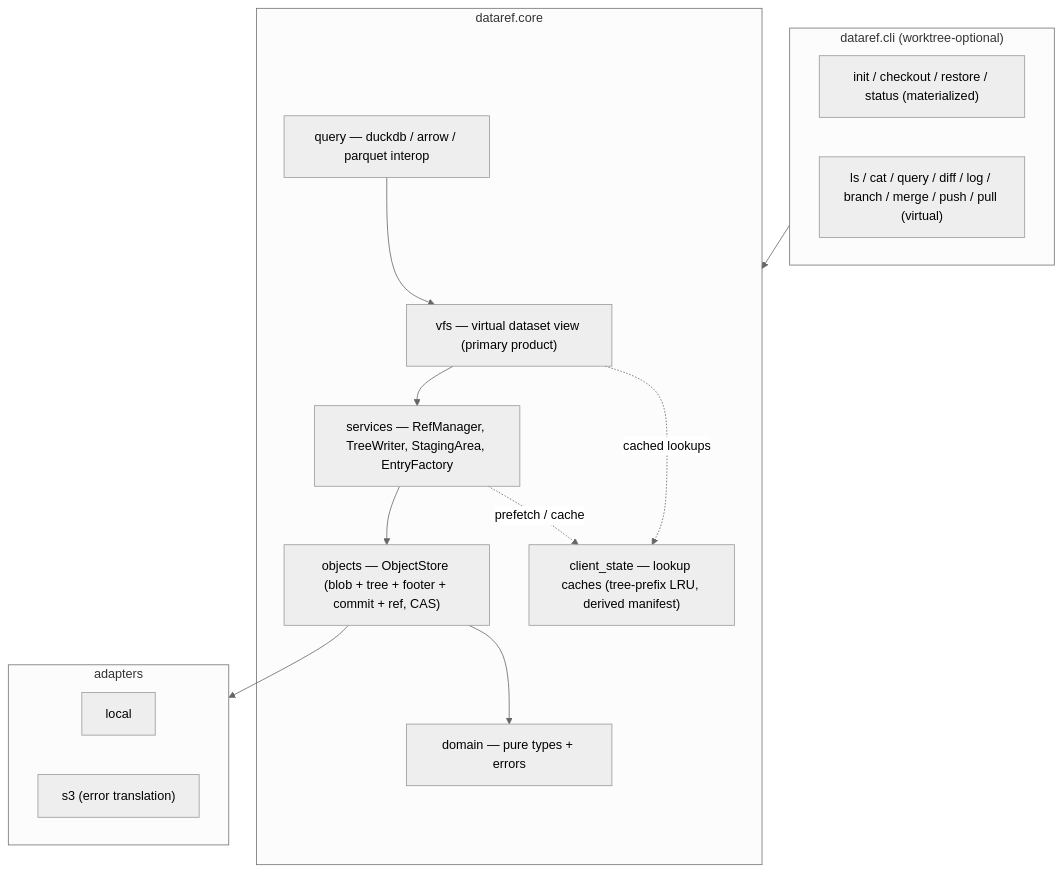
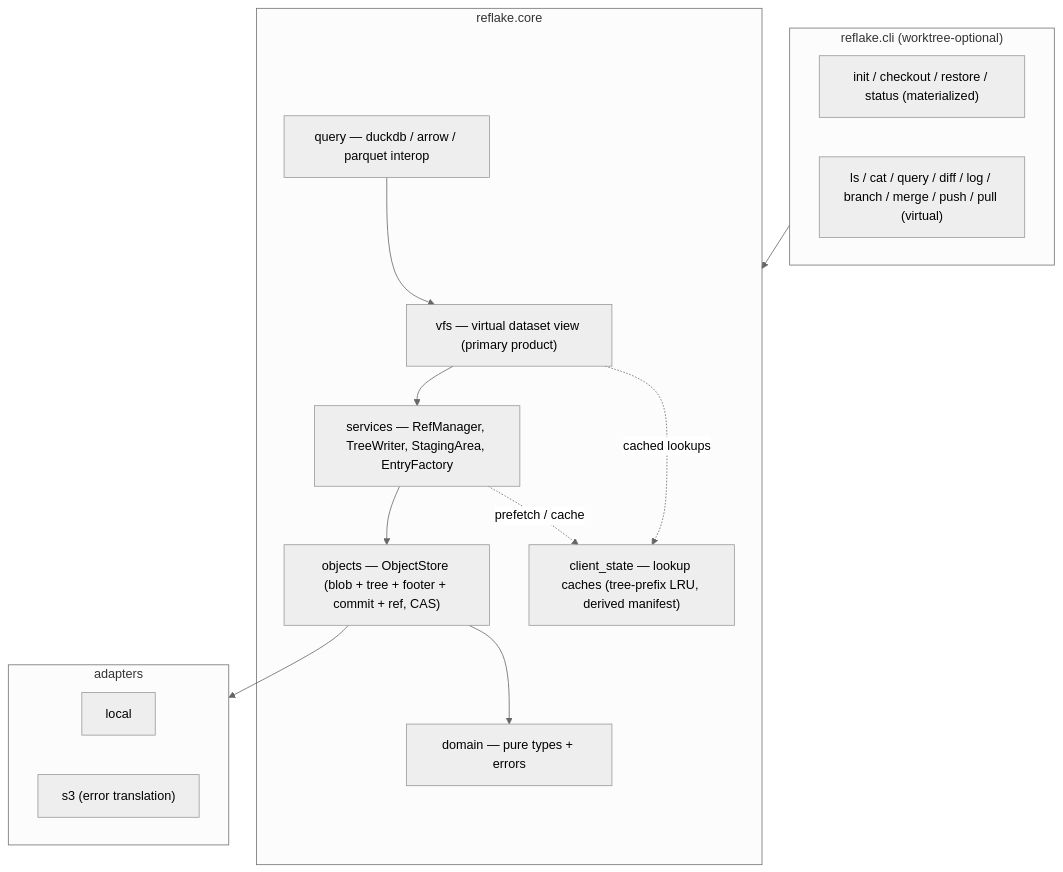
Before and after one commit to londogard/dataref: the first of 3 diagrams in docs/architecture.md, drawn with Mermaid (neutral theme). The commit also changed other lines of this file and 59 other files, not shown here.

Commit message:
refactor: rename from dataref to reflake to get pypi name

````diff
--- a/docs/architecture.md
+++ b/docs/architecture.md
@@ -58,27 +58,27 @@
 ```mermaid
 flowchart TB
-    subgraph cli["dataref.cli (worktree-optional)"]
+    subgraph cli["reflake.cli (worktree-optional)"]
         Init["init / checkout / restore / status (materialized)"]
         Virt["ls / cat / query / diff / log / branch / merge / push / pull (virtual)"]
     end
-    subgraph core["dataref.core"]
+    subgraph core["reflake.core"]
         VFS["vfs — virtual dataset view (primary product)"]
         QRY["query — duckdb / arrow / parquet interop"]
         SRV["services — RefManager, TreeWriter, StagingArea, EntryFactory"]
         OBJ["objects — ObjectStore (blob + tree + footer + commit + ref, CAS)"]
         DOM["domain — pure types + errors"]
         LKP["client_state — lookup caches (tree-prefix LRU, derived manifest)"]
     end
     subgraph adapters["adapters"]
         LOCAL["local"]
         S3["s3 (error translation)"]
     end
     cli --> core
     VFS --> SRV
     QRY --> VFS
     SRV --> OBJ
     OBJ --> DOM
     OBJ --> adapters
     SRV -. prefetch / cache .-> LKP
     VFS -. cached lookups .-> LKP
 ```
````
